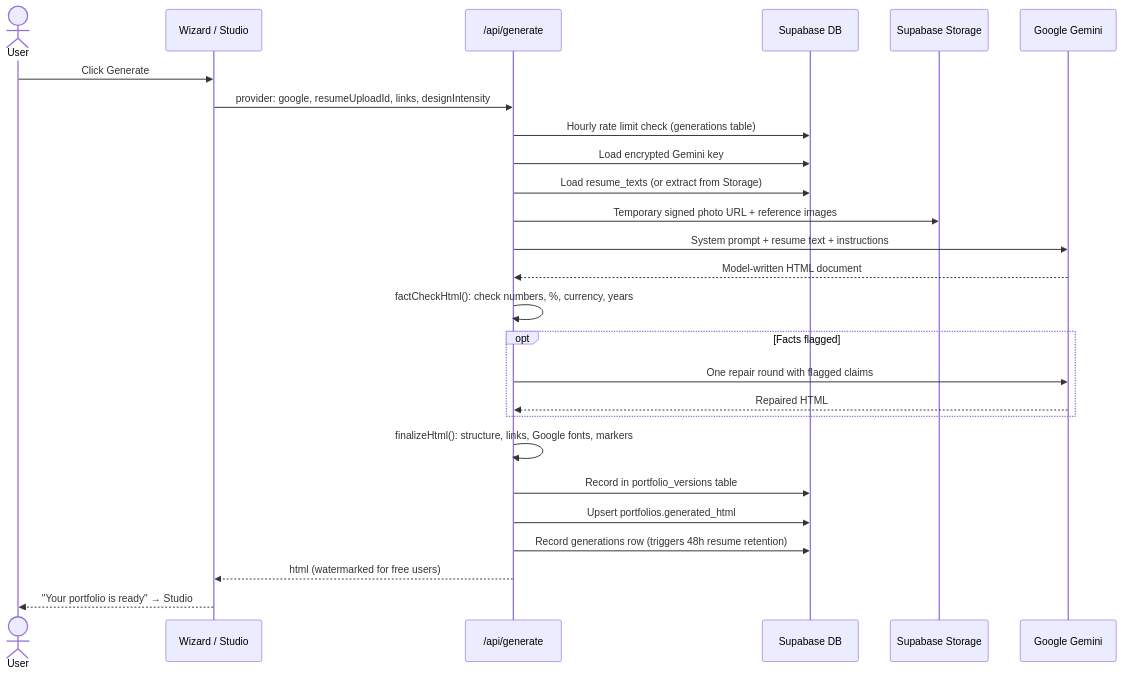
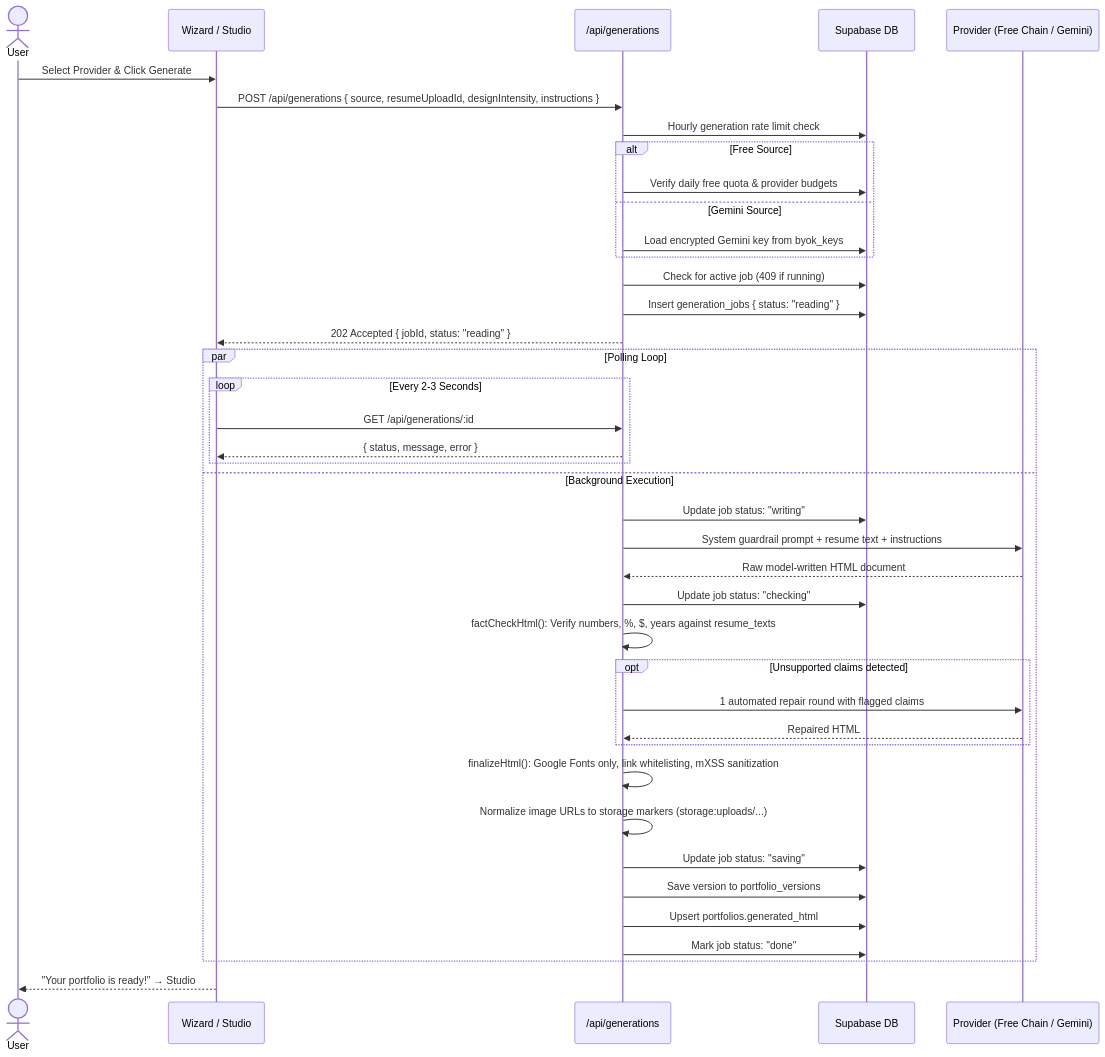
One commit to Suryavamshi99/portfolio-builder-saas changed the second of 4 diagrams in userflow.md. Above: the diagram before and after it, drawn with Mermaid. The commit also changed other lines of this file and 5 other files, not shown here.

Commit message:
docs: refresh API, README, ARCHITECTURE and userflow with shipped features

````diff
--- a/userflow.md
+++ b/userflow.md
@@ -50,29 +56,44 @@
 ```mermaid
 sequenceDiagram
     actor U as User
     participant UI as Wizard / Studio
-    participant API as /api/generate
+    participant API as /api/generations
     participant DB as Supabase DB
-    participant ST as Supabase Storage
-    participant G as Google Gemini
+    participant LLM as Provider (Free Chain / Gemini)
 
-    U->>UI: Click Generate
-    UI->>API: provider: google, resumeUploadId, links, designIntensity
-    API->>DB: Hourly rate limit check (generations table)
-    API->>DB: Load encrypted Gemini key
-    API->>DB: Load resume_texts (or extract from Storage)
-    API->>ST: Temporary signed photo URL + reference images
-    API->>G: System prompt + resume text + instructions
-    G-->>API: Model-written HTML document
-    API->>API: factCheckHtml(): check numbers, %, currency, years
-    opt Facts flagged
-        API->>G: One repair round with flagged claims
-        G-->>API: Repaired HTML
+    U->>UI: Select Provider & Click Generate
+    UI->>API: POST /api/generations { source, resumeUploadId, designIntensity, instructions }
+    API->>DB: Hourly generation rate limit check
+    alt Free Source
+        API->>DB: Verify daily free quota & provider budgets
+    else Gemini Source
+        API->>DB: Load encrypted Gemini key from byok_keys
     end
-    API->>API: finalizeHtml(): structure, links, Google fonts, markers
-    API->>DB: Record in portfolio_versions table
-    API->>DB: Upsert portfolios.generated_html
-    API->>DB: Record generations row (triggers 48h resume retention)
-    API-->>UI: html (watermarked for free users)
-    UI-->>U: "Your portfolio is ready" → Studio
+    API->>DB: Check for active job (409 if running)
+    API->>DB: Insert generation_jobs { status: "reading" }
+    API-->>UI: 202 Accepted { jobId, status: "reading" }
+
+    par Polling Loop
+        loop Every 2-3 Seconds
+            UI->>API: GET /api/generations/:id
+            API-->>UI: { status, message, error }
+        end
+    and Background Execution
+        API->>DB: Update job status: "writing"
+        API->>LLM: System guardrail prompt + resume text + instructions
+        LLM-->>API: Raw model-written HTML document
+        API->>DB: Update job status: "checking"
+        API->>API: factCheckHtml(): Verify numbers, %, $, years against resume_texts
+        opt Unsupported claims detected
+            API->>LLM: 1 automated repair round with flagged claims
+            LLM-->>API: Repaired HTML
+        end
+        API->>API: finalizeHtml(): Google Fonts only, link whitelisting, mXSS sanitization
+        API->>API: Normalize image URLs to storage markers (storage:uploads/...)
+        API->>DB: Update job status: "saving"
+        API->>DB: Save version to portfolio_versions
+        API->>DB: Upsert portfolios.generated_html
+        API->>DB: Mark job status: "done"
+    end
+    UI-->>U: "Your portfolio is ready!" → Studio
 ```
````
